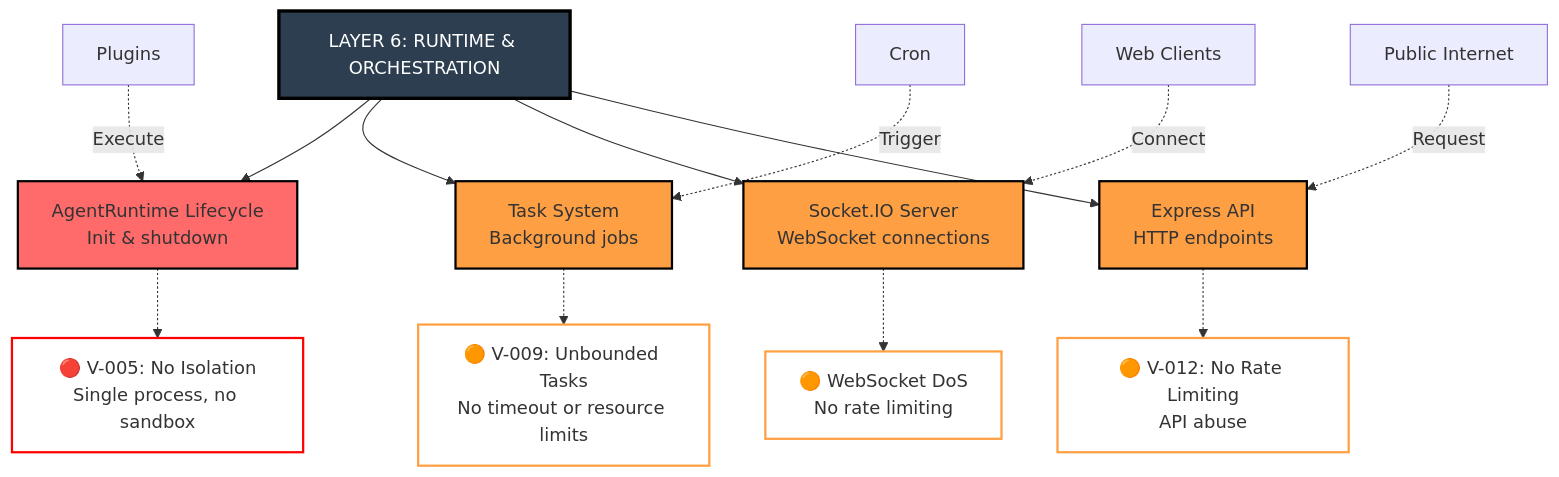
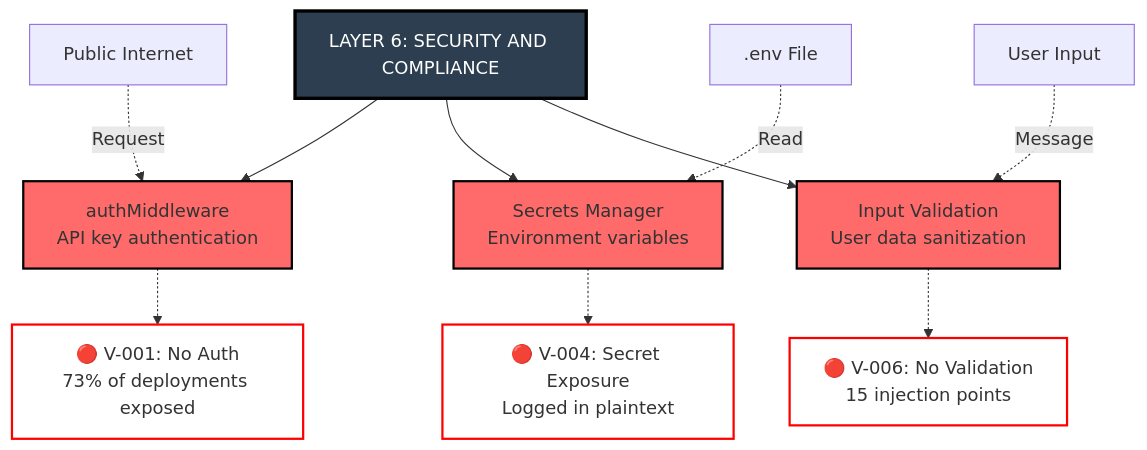
Before and after one commit to mondweep/agentic-ai-security-demo-rela8group-ciso-london-summit: the eighth of 11 diagrams in presentation/assets/maestro-framework-visual.md, drawn with Mermaid. The commit also changed other lines of this file and 16 other files, not shown here.

````diff
--- a/presentation/assets/maestro-framework-visual.md
+++ b/presentation/assets/maestro-framework-visual.md
@@ -329,29 +330,24 @@
 ```mermaid
 graph TD
-    L6[LAYER 6: RUNTIME & ORCHESTRATION]
+    L6[LAYER 6: SECURITY AND COMPLIANCE]
 
-    L6 --> C1[AgentRuntime Lifecycle<br/>Init & shutdown]
-    L6 --> C2[Task System<br/>Background jobs]
-    L6 --> C3[Socket.IO Server<br/>WebSocket connections]
-    L6 --> C4[Express API<br/>HTTP endpoints]
+    L6 --> C1[authMiddleware<br/>API key authentication]
+    L6 --> C2[Secrets Manager<br/>Environment variables]
+    L6 --> C3[Input Validation<br/>User data sanitization]
 
-    C1 -.-> V1["🔴 V-005: No Isolation<br/>Single process, no sandbox"]
-    C2 -.-> V2["🟠 V-009: Unbounded Tasks<br/>No timeout or resource limits"]
-    C3 -.-> V3["🟠 WebSocket DoS<br/>No rate limiting"]
-    C4 -.-> V4["🟠 V-012: No Rate Limiting<br/>API abuse"]
+    C1 -.-> V1["🔴 V-001: No Auth<br/>73% of deployments exposed"]
+    C2 -.-> V2["🔴 V-004: Secret Exposure<br/>Logged in plaintext"]
+    C3 -.-> V3["🔴 V-006: No Validation<br/>15 injection points"]
 
-    Plugins[Plugins] -.->|"Execute"| C1
-    Scheduler[Cron] -.->|"Trigger"| C2
-    Clients[Web Clients] -.->|"Connect"| C3
-    Internet[Public Internet] -.->|"Request"| C4
+    ENV[.env File] -.->|"Read"| C2
+    API[Public Internet] -.->|"Request"| C1
+    User[User Input] -.->|"Message"| C3
 
     style L6 fill:#2c3e50,stroke:#000,stroke-width:3px,color:#fff
     style C1 fill:#ff6b6b,stroke:#000,stroke-width:2px
-    style C2 fill:#ff9f43,stroke:#000,stroke-width:2px
-    style C3 fill:#ff9f43,stroke:#000,stroke-width:2px
-    style C4 fill:#ff9f43,stroke:#000,stroke-width:2px
+    style C2 fill:#ff6b6b,stroke:#000,stroke-width:2px
+    style C3 fill:#ff6b6b,stroke:#000,stroke-width:2px
     style V1 fill:#fff,stroke:#ff0000,stroke-width:2px
-    style V2 fill:#fff,stroke:#ff9f43,stroke-width:2px
-    style V3 fill:#fff,stroke:#ff9f43,stroke-width:2px
-    style V4 fill:#fff,stroke:#ff9f43,stroke-width:2px
+    style V2 fill:#fff,stroke:#ff0000,stroke-width:2px
+    style V3 fill:#fff,stroke:#ff0000,stroke-width:2px
 ```
````
